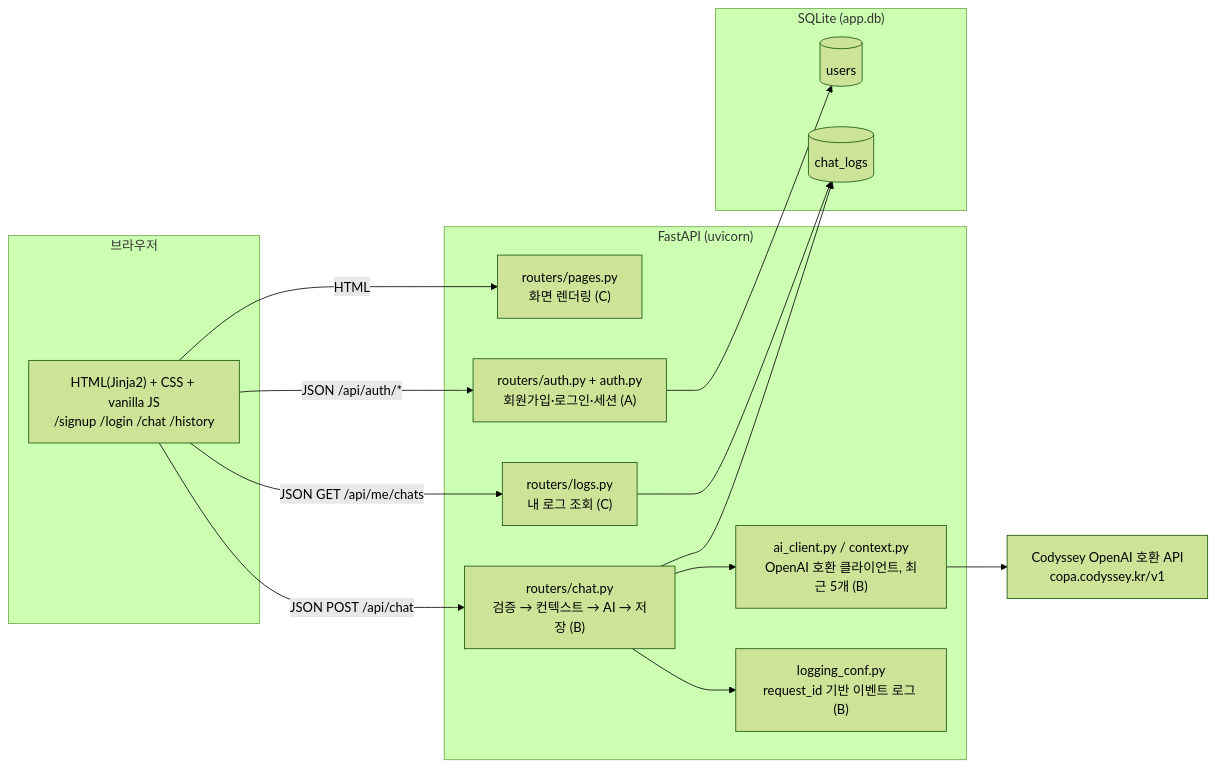
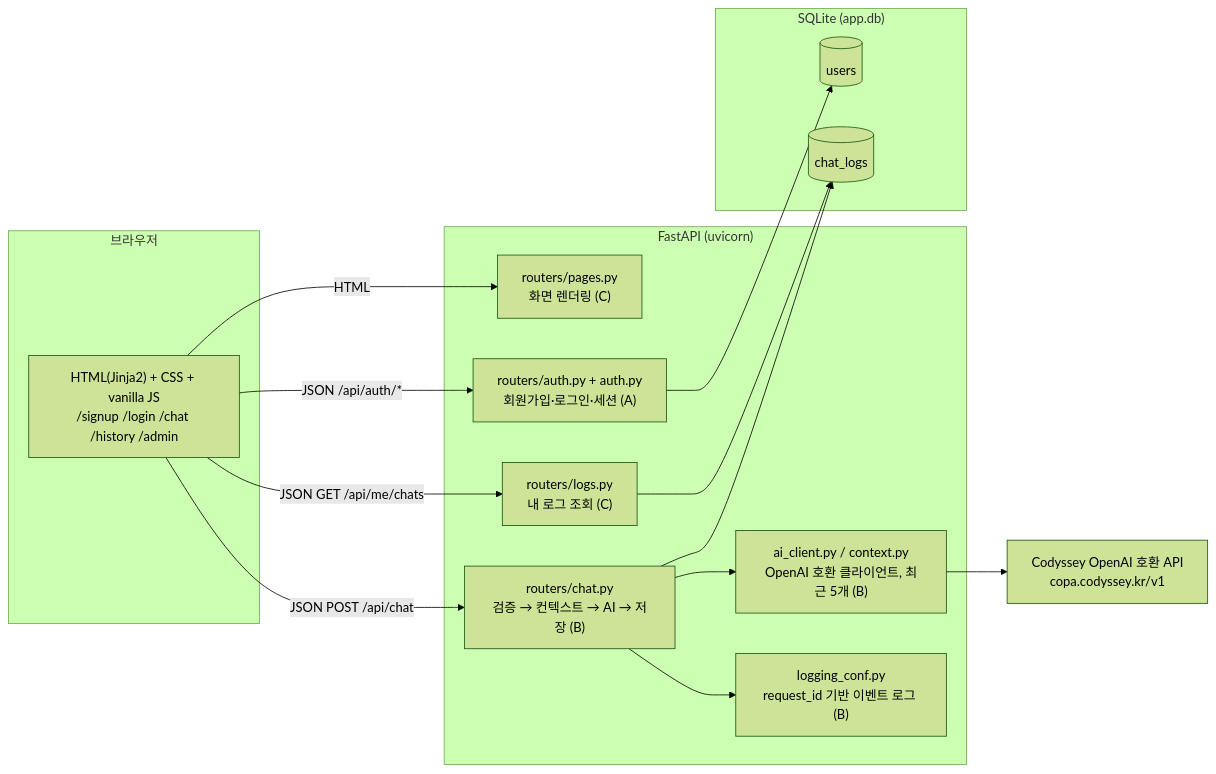
One commit to Codyssey-AI-Chatbot/Codyssey-AI-Chatbot changed the first of 3 diagrams in README.md. Above: the diagram before and after it, drawn with Mermaid (forest theme). The commit also changed other lines of this file, not shown here.

````diff
--- a/README.md
+++ b/README.md
@@ -66,32 +66,32 @@
 ```mermaid
 flowchart LR
     subgraph Browser["브라우저"]
-        UI["HTML(Jinja2) + CSS + vanilla JS<br/>/signup /login /chat /history"]
+        UI["HTML(Jinja2) + CSS + vanilla JS<br/>/signup /login /chat /history /admin"]
     end
 
     subgraph Server["FastAPI (uvicorn)"]
         PAGES["routers/pages.py<br/>화면 렌더링 (C)"]
         AUTH["routers/auth.py + auth.py<br/>회원가입·로그인·세션 (A)"]
         CHAT["routers/chat.py<br/>검증 → 컨텍스트 → AI → 저장 (B)"]
         LOGS["routers/logs.py<br/>내 로그 조회 (C)"]
         AI["ai_client.py / context.py<br/>OpenAI 호환 클라이언트, 최근 5개 (B)"]
         LOG["logging_conf.py<br/>request_id 기반 이벤트 로그 (B)"]
     end
 
     subgraph Data["SQLite (app.db)"]
         USERS[("users")]
         CHATLOGS[("chat_logs")]
     end
 
     EXT["Codyssey OpenAI 호환 API<br/>copa.codyssey.kr/v1"]
 
     UI -- "HTML" --> PAGES
     UI -- "JSON /api/auth/*" --> AUTH
     UI -- "JSON POST /api/chat" --> CHAT
     UI -- "JSON GET /api/me/chats" --> LOGS
     AUTH --> USERS
     CHAT --> AI --> EXT
     CHAT --> CHATLOGS
     CHAT --> LOG
     LOGS --> CHATLOGS
 ```
````
